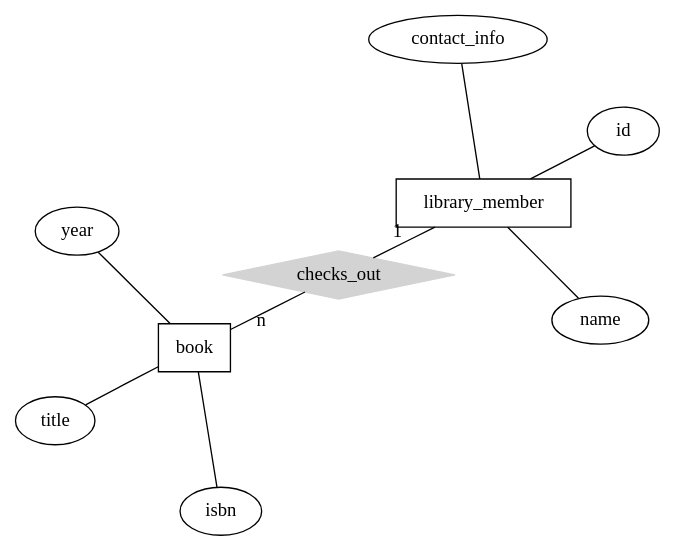
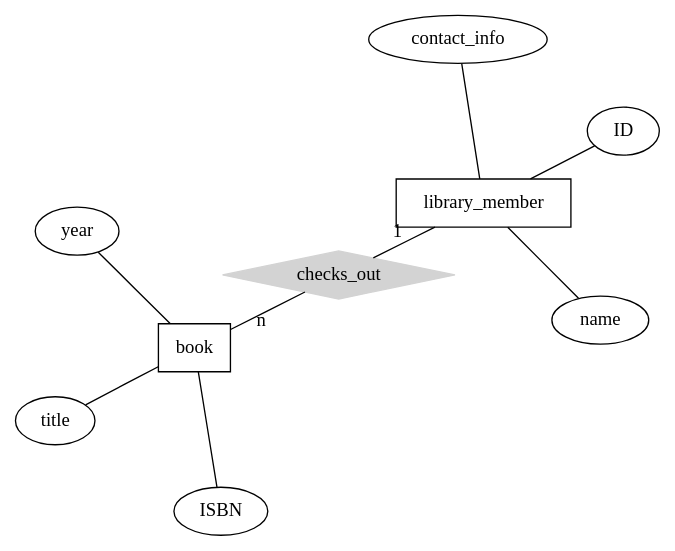
The first of 2 diagrams in hw2/README.qmd (cmsc-vcu/cmsc508-fa2023-hw2-camslam13), drawn with Graphviz before and after one commit. The commit also changed other lines of this file and 3 other files, not shown here.

````diff
--- a/hw2/README.qmd
+++ b/hw2/README.qmd
@@ -21,20 +21,20 @@
 ```{dot}
 //| echo: false
 graph ER {
     layout=neato;
     scale=1.5;
     node [shape=box]; book; library_member;
-    node [shape=ellipse]; name, contact_info, id, year, title, isbn
+    node [shape=ellipse]; name, contact_info, ID, year, title, ISBN
     node [shape=diamond,style=filled,color=lightgrey]; checks_out
     
     library_member -- checks_out [label="1",len=1.00]
     checks_out -- book [label="n",len=1.00]
     
-    library_member -- id
+    library_member -- ID
     library_member -- name
     library_member -- contact_info
     book -- year
     book -- title
-    book -- isbn
+    book -- ISBN
 }
 ```
````
